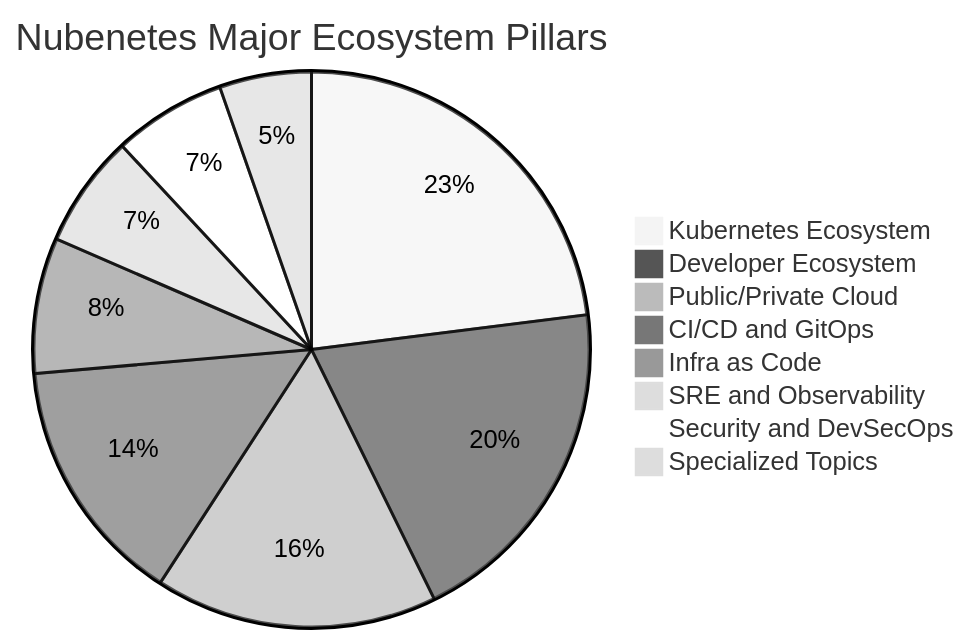
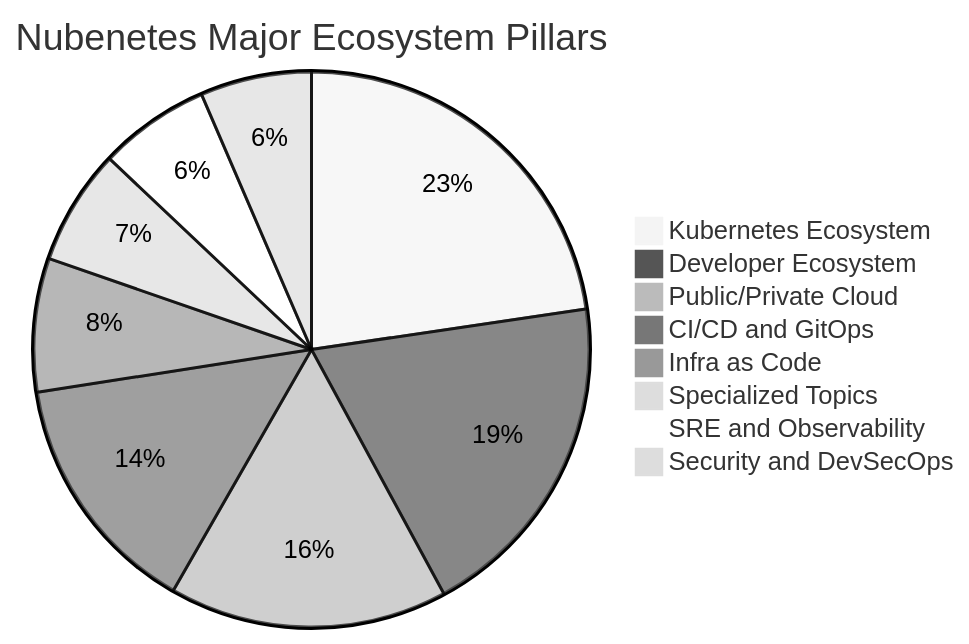
The second of 10 diagrams in README.md (sec-js/awesome-kubernetes), drawn with Mermaid (neutral theme) before and after one commit. The commit also changed other lines of this file, not shown here.

````diff
--- a/README.md
+++ b/README.md
@@ -218,11 +218,11 @@
 ```mermaid
 pie title Nubenetes Major Ecosystem Pillars
     "Kubernetes Ecosystem" : 3500
     "Developer Ecosystem" : 3000
     "Public/Private Cloud" : 2500
     "CI/CD and GitOps" : 2200
     "Infra as Code" : 1200
+    "Specialized Topics" : 1041
     "SRE and Observability" : 1000
     "Security and DevSecOps" : 1000
-    "Specialized Topics" : 814
 ```
````
